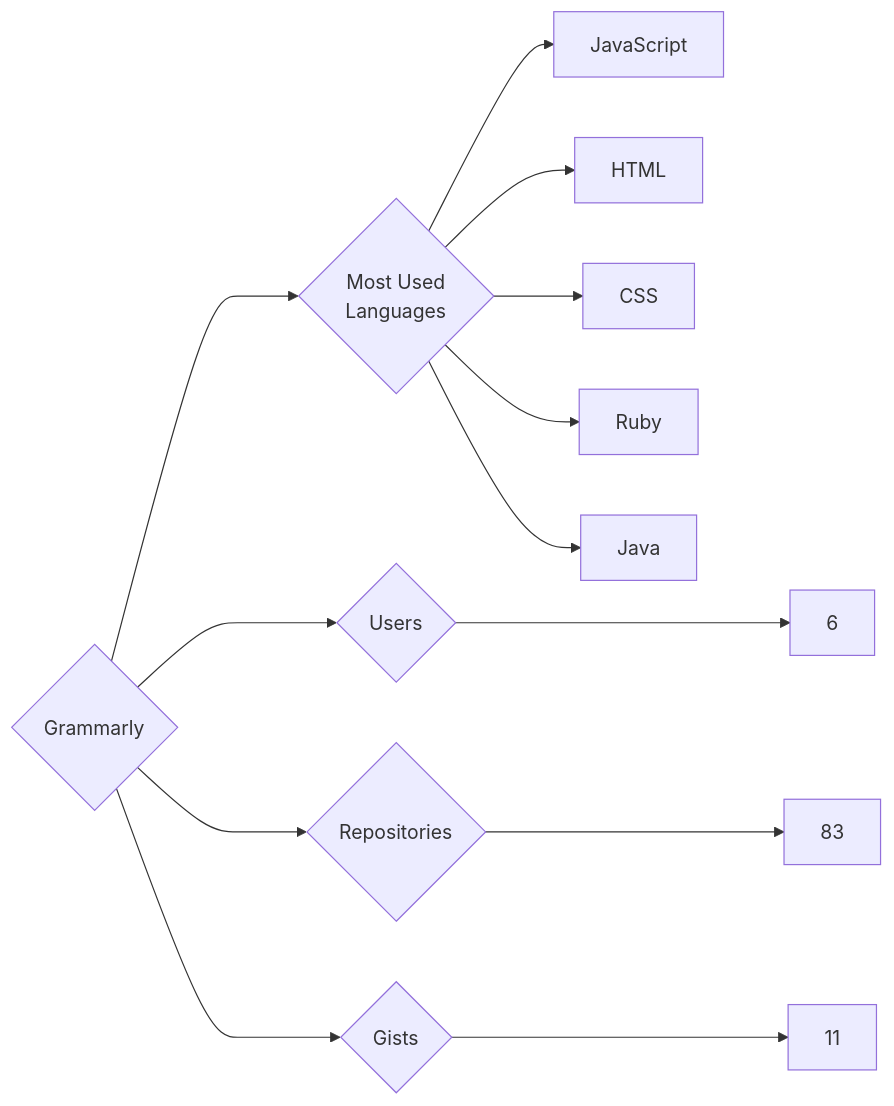
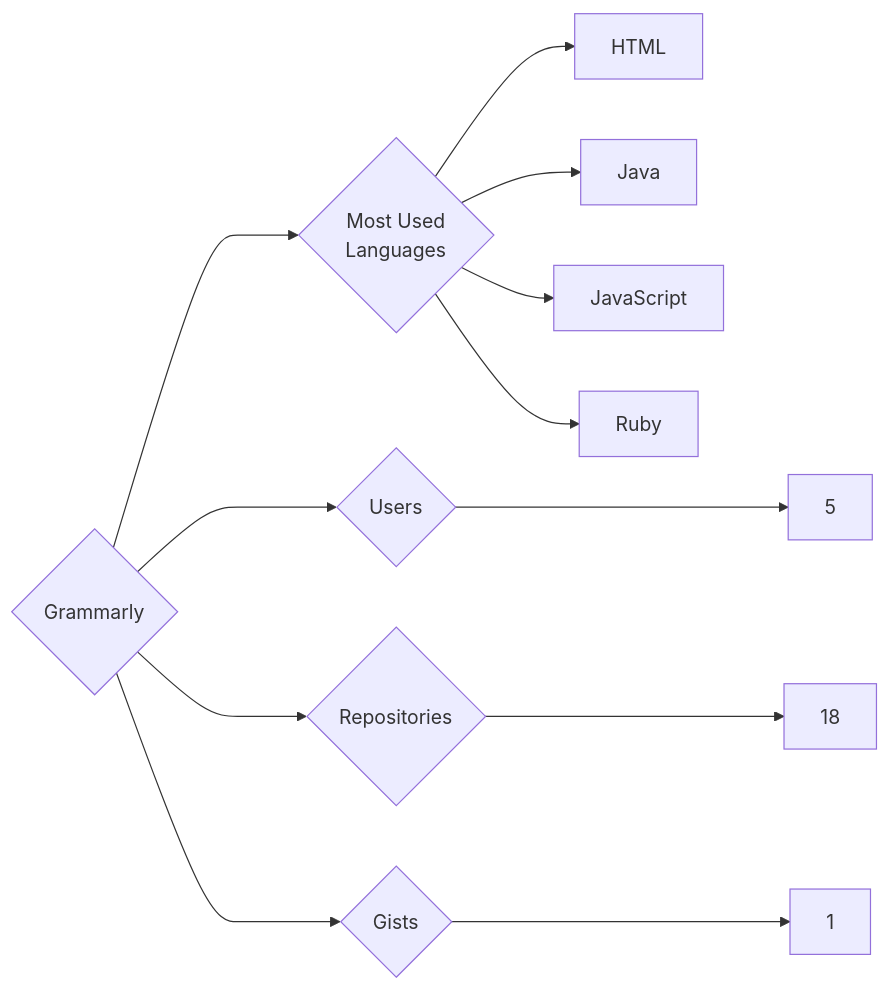
One commit to trickest/insiders changed the diagram in targets/Grammarly/README.md. Above: the diagram before and after it, drawn with Mermaid. The commit also changed 1023 other files, not shown here.

````diff
--- a/targets/Grammarly/README.md
+++ b/targets/Grammarly/README.md
@@ -3,13 +3,12 @@
 ```mermaid
 graph LR
 COMPANY_NAME{Grammarly}
-COMPANY_NAME ---> U{Users} ---> UN[6]
-COMPANY_NAME ---> R{Repositories} ---> RN[83]
-COMPANY_NAME ---> G{Gists} ---> GN[11]
+COMPANY_NAME ---> U{Users} ---> UN[5]
+COMPANY_NAME ---> R{Repositories} ---> RN[18]
+COMPANY_NAME ---> G{Gists} ---> GN[1]
 COMPANY_NAME ---> ML{Most Used<br>Languages}
+ML --> HTML[HTML]
+ML --> Java[Java]
 ML --> JavaScript[JavaScript]
-ML --> HTML[HTML]
-ML --> CSS[CSS]
 ML --> Ruby[Ruby]
-ML --> Java[Java]
 ```
````
